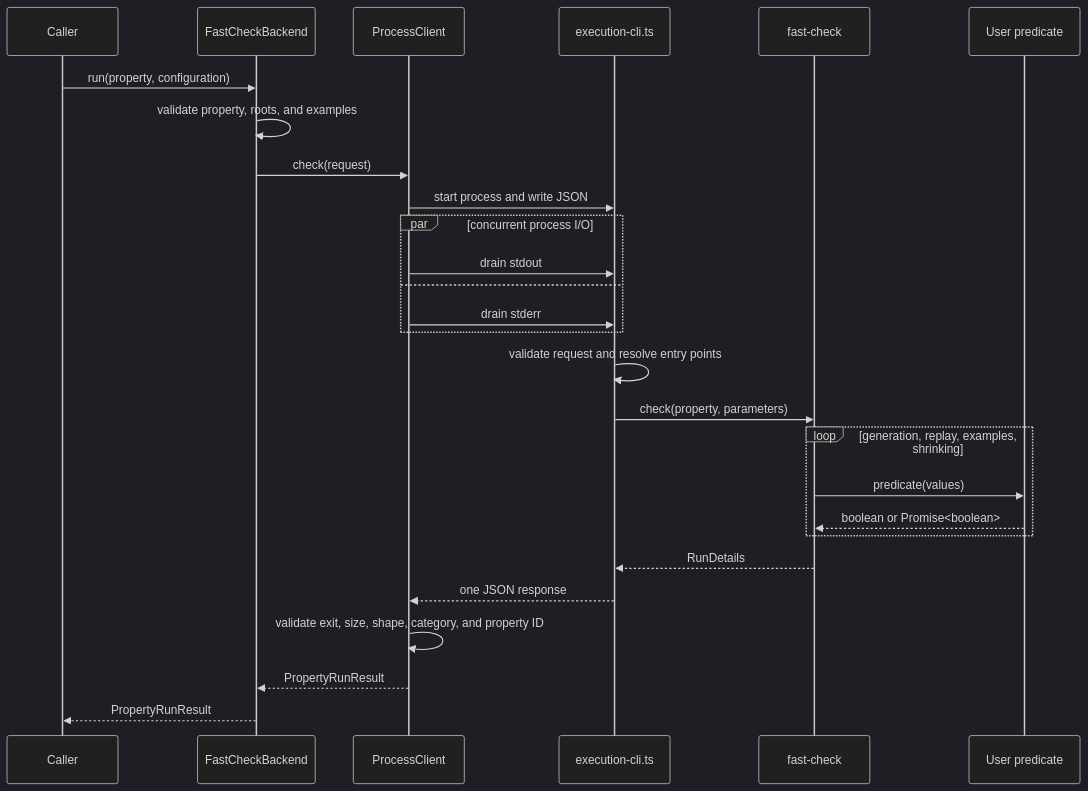
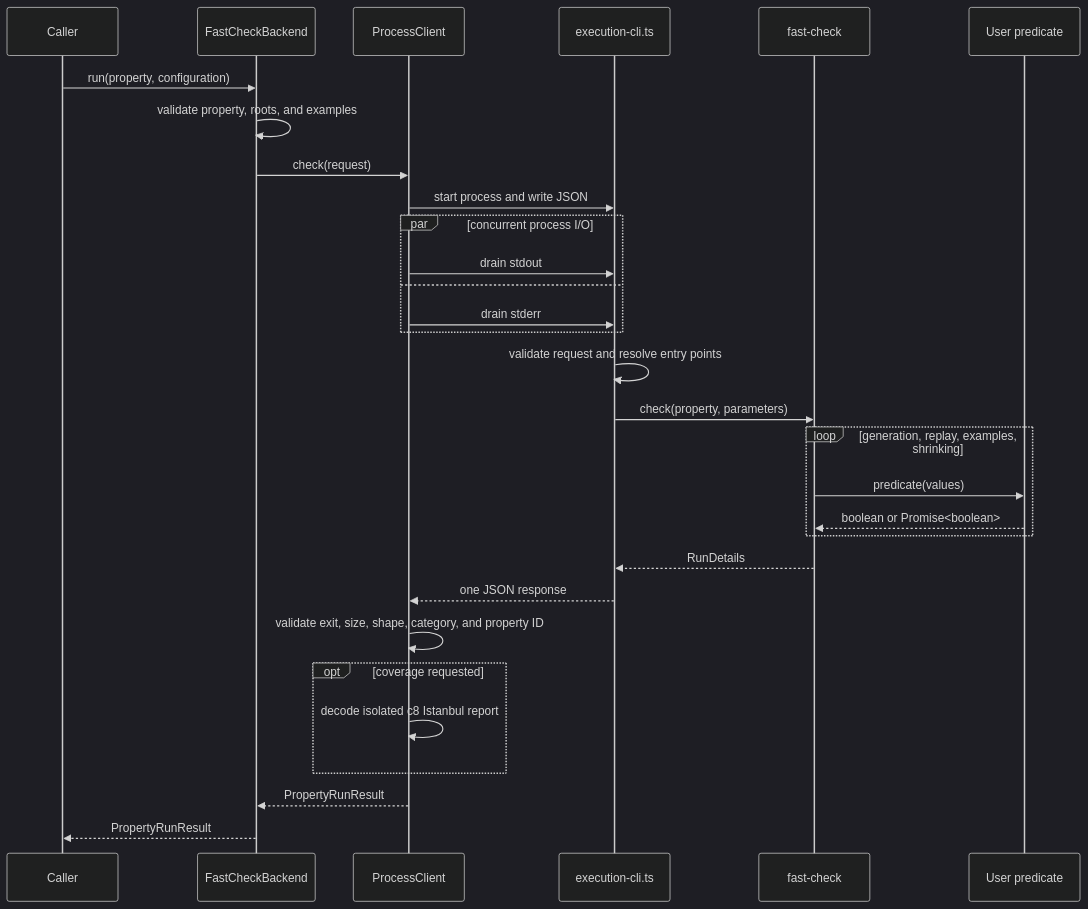
One commit to UnitTestBot/usvm changed the third of 4 diagrams in usvm-ts-pbt/DESIGN.md. Above: the diagram before and after it, drawn with Mermaid (dark theme). The commit also changed other lines of this file and 31 other files, not shown here.

````diff
--- a/usvm-ts-pbt/DESIGN.md
+++ b/usvm-ts-pbt/DESIGN.md
@@ -115,30 +124,33 @@
 ```mermaid
 sequenceDiagram
     participant Caller
     participant Backend as FastCheckBackend
     participant Client as ProcessClient
     participant Node as execution-cli.ts
     participant FC as fast-check
     participant TS as User predicate
 
     Caller->>Backend: run(property, configuration)
     Backend->>Backend: validate property, roots, and examples
     Backend->>Client: check(request)
     Client->>Node: start process and write JSON
     par concurrent process I/O
         Client->>Node: drain stdout
     and
         Client->>Node: drain stderr
     end
     Node->>Node: validate request and resolve entry points
     Node->>FC: check(property, parameters)
     loop generation, replay, examples, shrinking
         FC->>TS: predicate(values)
         TS-->>FC: boolean or Promise<boolean>
     end
     FC-->>Node: RunDetails
     Node-->>Client: one JSON response
     Client->>Client: validate exit, size, shape, category, and property ID
+    opt coverage requested
+        Client->>Client: decode isolated c8 Istanbul report
+    end
     Client-->>Backend: PropertyRunResult
     Backend-->>Caller: PropertyRunResult
 ```
````
